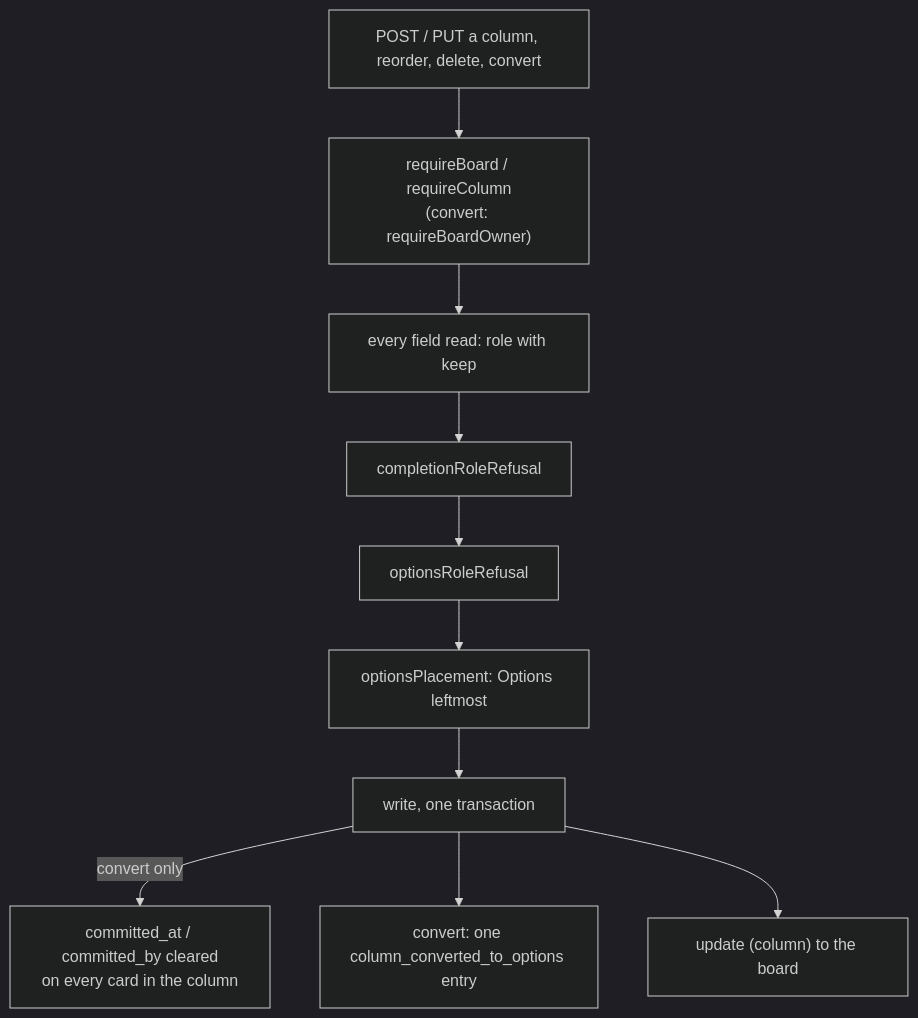
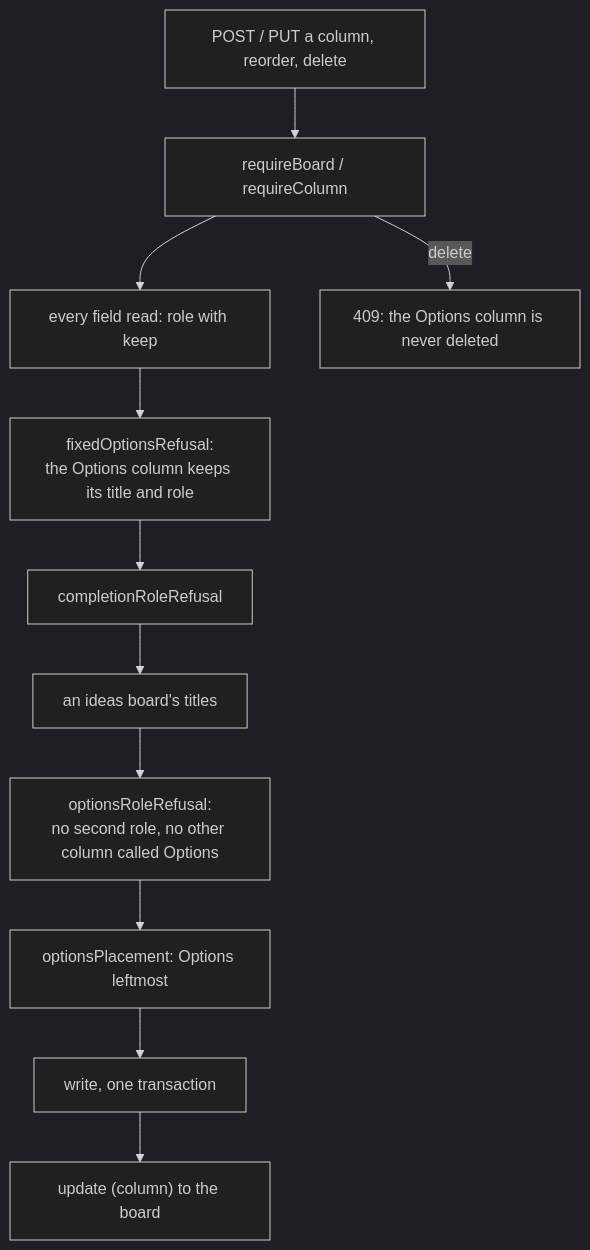
Before and after one commit to gitBoon/DumpFire: diagram 26 of 39 in docs/architecture.md, drawn with Mermaid (dark theme). The commit also changed other lines of this file and 34 other files, not shown here.

````diff
--- a/docs/architecture.md
+++ b/docs/architecture.md
@@ -1487,12 +1489,13 @@
 ```mermaid
 flowchart TD
-    Write["POST / PUT a column, reorder, delete, convert"] --> Guard["requireBoard / requireColumn<br/>(convert: requireBoardOwner)"]
+    Write["POST / PUT a column, reorder, delete"] --> Guard["requireBoard / requireColumn"]
     Guard --> Read["every field read: role with keep"]
-    Read --> Completion["completionRoleRefusal"]
-    Completion --> Options["optionsRoleRefusal"]
+    Read --> Fixed["fixedOptionsRefusal:<br/>the Options column keeps its title and role"]
+    Fixed --> Completion["completionRoleRefusal"]
+    Completion --> IdeasTitle["an ideas board's titles"]
+    IdeasTitle --> Options["optionsRoleRefusal:<br/>no second role, no other column called Options"]
     Options --> Place["optionsPlacement: Options leftmost"]
     Place --> Commit["write, one transaction"]
-    Commit -->|"convert only"| Clear["committed_at / committed_by cleared<br/>on every card in the column"]
-    Commit --> Entry["convert: one column_converted_to_options entry"]
     Commit --> Event["update (column) to the board"]
+    Guard -->|"delete"| NoDelete["409: the Options column is never deleted"]
 ```
````
